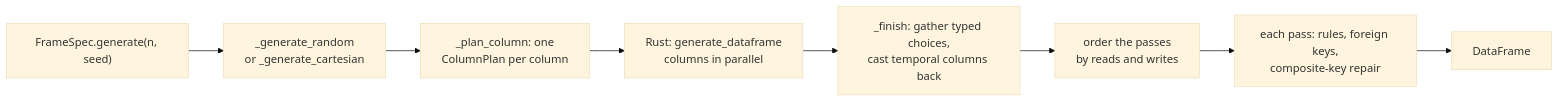
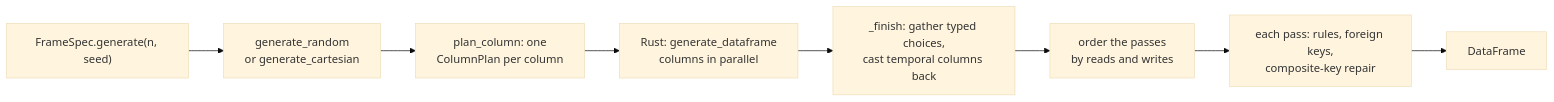
The first of 2 diagrams in docs/explanation/architecture.md (MaxwellB13/polspec), drawn with Mermaid (base theme) before and after one commit. The commit also changed other lines of this file and 76 other files, not shown here.

````diff
--- a/docs/explanation/architecture.md
+++ b/docs/explanation/architecture.md
@@ -47,10 +51,10 @@
 ```mermaid
 flowchart LR
-    A["FrameSpec.generate(n, seed)"] --> B["_generate_random<br/>or _generate_cartesian"]
-    B --> C["_plan_column: one<br/>ColumnPlan per column"]
+    A["FrameSpec.generate(n, seed)"] --> B["generate_random<br/>or generate_cartesian"]
+    B --> C["plan_column: one<br/>ColumnPlan per column"]
     C --> D["Rust: generate_dataframe<br/>columns in parallel"]
     D --> E["_finish: gather typed choices,<br/>cast temporal columns back"]
     E --> F["order the passes<br/>by reads and writes"]
     F --> G["each pass: rules, foreign keys,<br/>composite-key repair"]
     G --> H[DataFrame]
 ```
````
